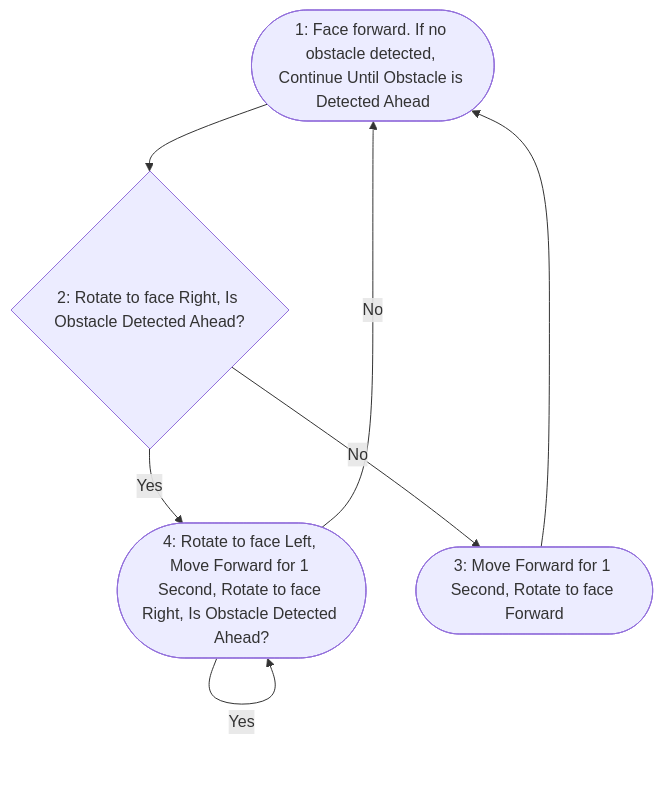
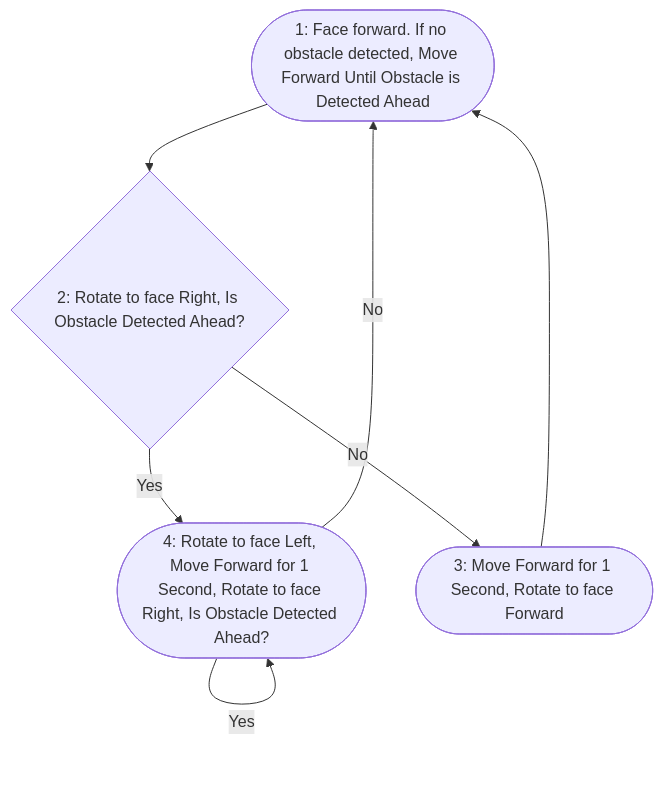
Before and after one commit to Amagerd1113/24FA_ENGR1000J_section3: the diagram in GAME_RULE.md, drawn with Mermaid.

````diff
--- a/GAME_RULE.md
+++ b/GAME_RULE.md
@@ -90,9 +90,9 @@
 ```mermaid
 graph TD
-    A1([1: Face forward. If no obstacle detected, Continue Until Obstacle is Detected Ahead]) --> B1{2: Rotate to face Right, Is Obstacle Detected Ahead?}
+    A1([1: Face forward. If no obstacle detected, Move Forward Until Obstacle is Detected Ahead]) --> B1{2: Rotate to face Right, Is Obstacle Detected Ahead?}
     B1 -- Yes --> C1([4: Rotate to face Left, Move Forward for 1 Second, Rotate to face Right, Is Obstacle Detected Ahead?])
     C1 -- Yes --> C1
     C1 -- No --> A1
     B1 -- No --> D1([3: Move Forward for 1 Second, Rotate to face Forward])
     D1 --> A1
 ```
````
